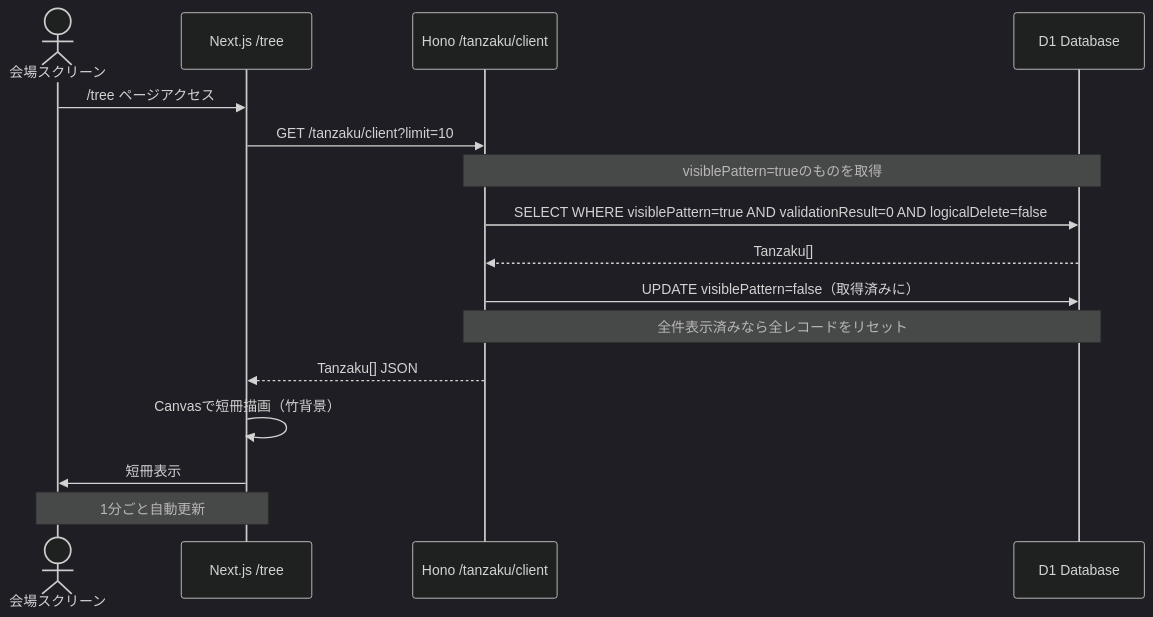
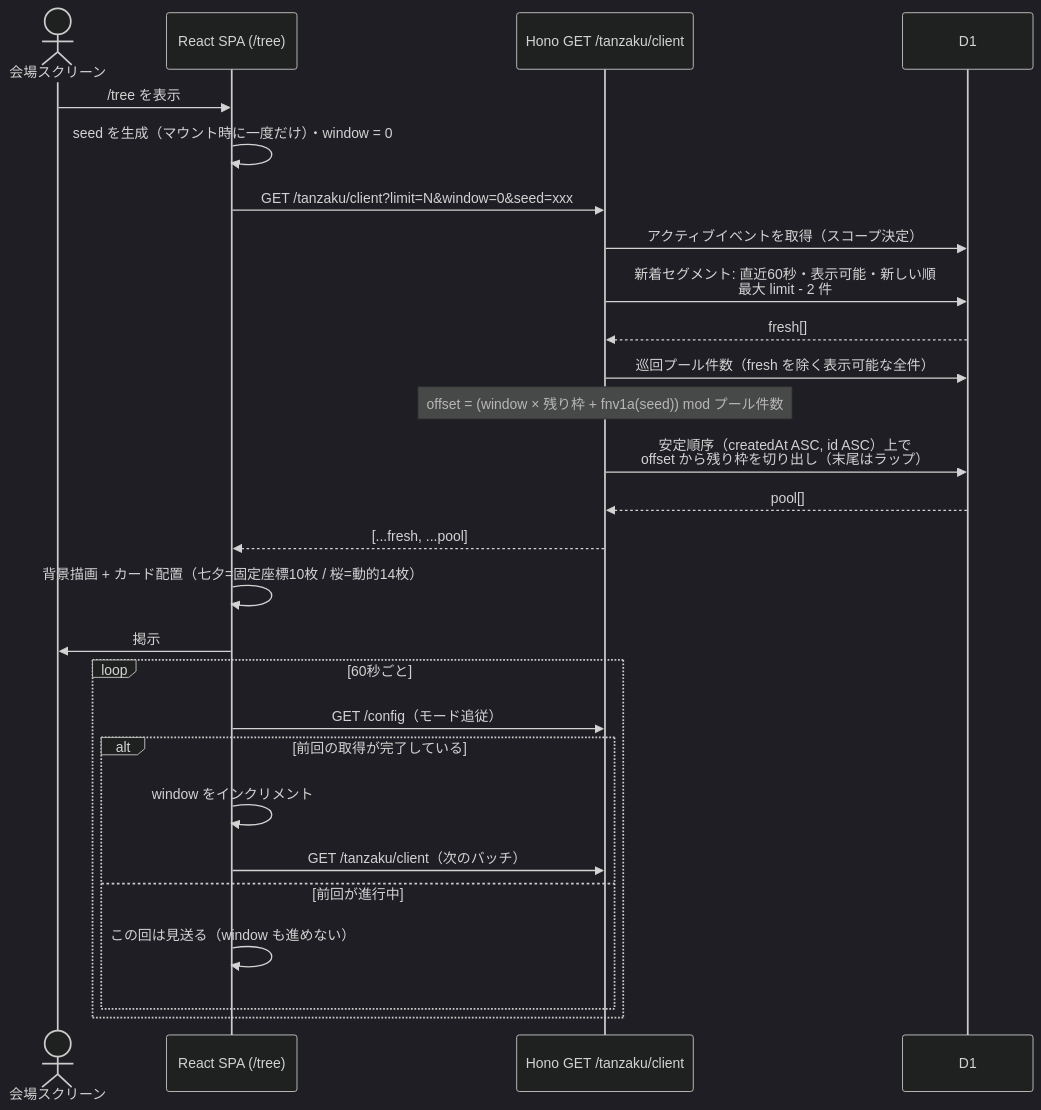
One commit to itl-marubu/tanzakuv2 changed the sixth of 9 diagrams in docs/system-overview.md. Above: the diagram before and after it, drawn with Mermaid (dark theme). The commit also changed other lines of this file and 2 other files, not shown here.

````diff
--- a/docs/system-overview.md
+++ b/docs/system-overview.md
@@ -358,19 +351,33 @@
 ```mermaid
 sequenceDiagram
     actor Screen as 会場スクリーン
-    participant FE as Next.js /tree
-    participant API as Hono /tanzaku/client
-    participant DB as D1 Database
+    participant FE as React SPA (/tree)
+    participant API as Hono GET /tanzaku/client
+    participant DB as D1
 
-    Screen->>FE: /tree ページアクセス
-    FE->>API: GET /tanzaku/client?limit=10
-    Note over API,DB: visiblePattern=trueのものを取得
-    API->>DB: SELECT WHERE visiblePattern=true AND validationResult=0 AND logicalDelete=false
-    DB-->>API: Tanzaku[]
-    API->>DB: UPDATE visiblePattern=false（取得済みに）
-    Note over API,DB: 全件表示済みなら全レコードをリセット
-    API-->>FE: Tanzaku[] JSON
-    FE->>FE: Canvasで短冊描画（竹背景）
-    FE->>Screen: 短冊表示
-    Note over FE,Screen: 1分ごと自動更新
+    Screen->>FE: /tree を表示
+    FE->>FE: seed を生成（マウント時に一度だけ）・window = 0
+    FE->>API: GET /tanzaku/client?limit=N&window=0&seed=xxx
+
+    API->>DB: アクティブイベントを取得（スコープ決定）
+    API->>DB: 新着セグメント: 直近60秒・表示可能・新しい順<br/>最大 limit - 2 件
+    DB-->>API: fresh[]
+    API->>DB: 巡回プール件数（fresh を除く表示可能な全件）
+    Note over API: offset = (window × 残り枠 + fnv1a(seed)) mod プール件数
+    API->>DB: 安定順序（createdAt ASC, id ASC）上で<br/>offset から残り枠を切り出し（末尾はラップ）
+    DB-->>API: pool[]
+    API-->>FE: [...fresh, ...pool]
+
+    FE->>FE: 背景描画 + カード配置（七夕=固定座標10枚 / 桜=動的14枚）
+    FE->>Screen: 掲示
+
+    loop 60秒ごと
+        FE->>API: GET /config（モード追従）
+        alt 前回の取得が完了している
+            FE->>FE: window をインクリメント
+            FE->>API: GET /tanzaku/client（次のバッチ）
+        else 前回が進行中
+            FE->>FE: この回は見送る（window も進めない）
+        end
+    end
 ```
````
